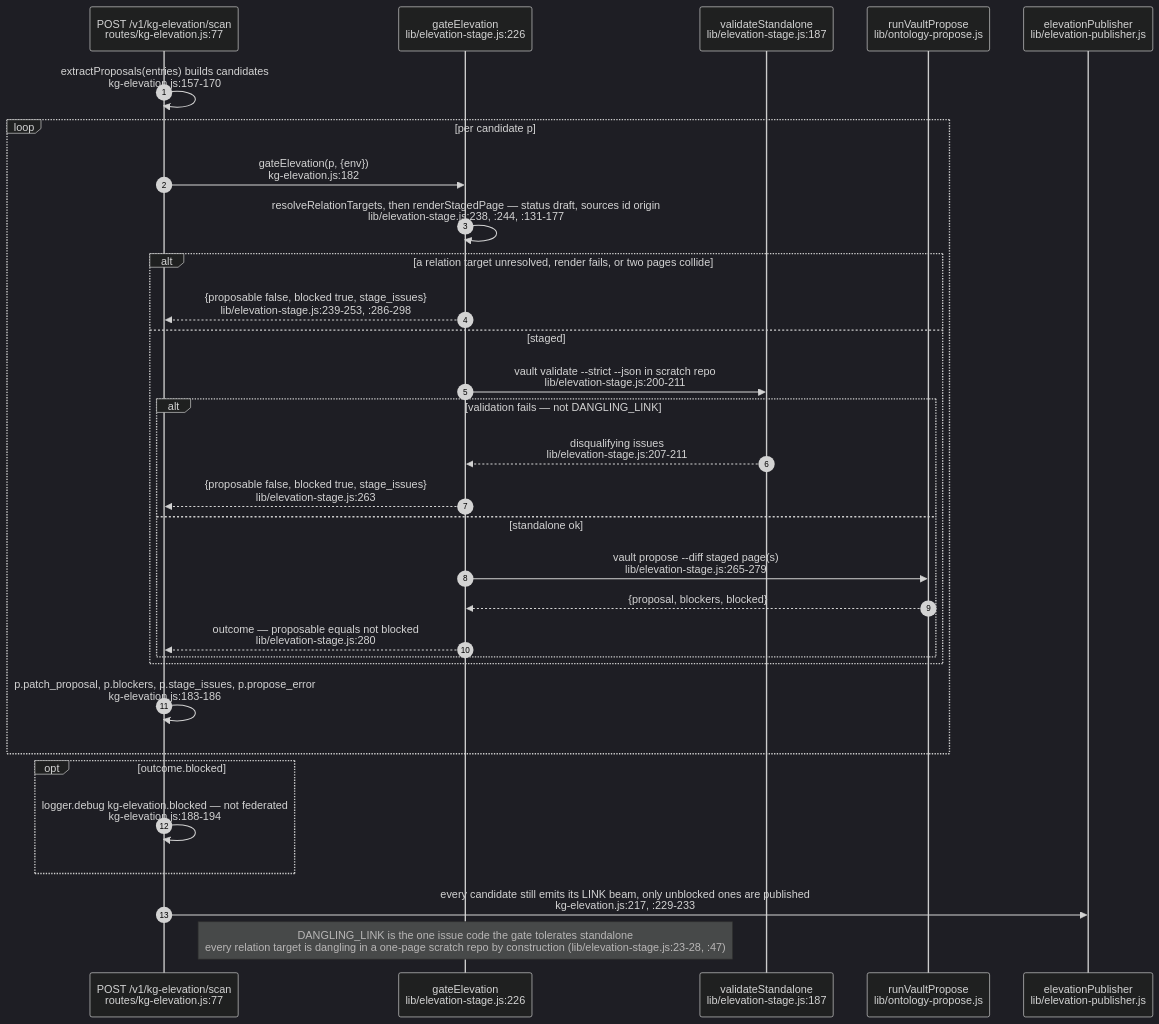
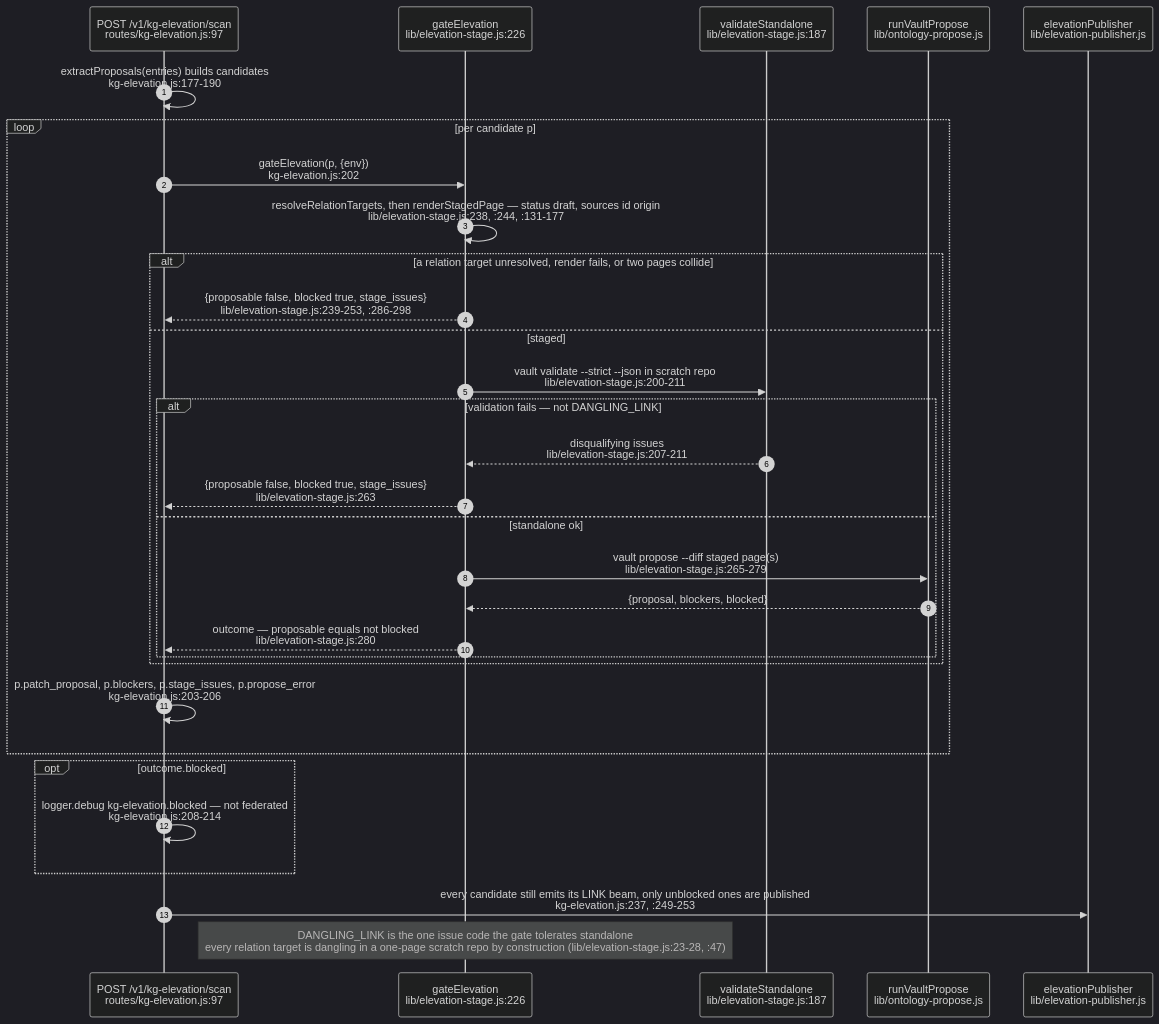
One commit to DreamLab-AI/VisionFlow changed diagram 17 of 17 in docs/diagrams/agentbox/03-management-api-request-lifecycle.md. Above: the diagram before and after it, drawn with Mermaid (dark theme). The commit also changed other lines of this file and 8 other files, not shown here.

First line of the commit message:
docs(diagrams): re-verify the NIP-98 proxy topics and the custody counts at agentbox 0693c761c (VF-DIAGRAM-NIP98-DRIFT)

````diff
--- a/docs/diagrams/agentbox/03-management-api-request-lifecycle.md
+++ b/docs/diagrams/agentbox/03-management-api-request-lifecycle.md
@@ -673,34 +689,34 @@
 ```mermaid
 sequenceDiagram
     autonumber
-    participant K as POST /v1/kg-elevation/scan<br/>routes/kg-elevation.js:77
+    participant K as POST /v1/kg-elevation/scan<br/>routes/kg-elevation.js:97
     participant G as gateElevation<br/>lib/elevation-stage.js:226
     participant Val as validateStandalone<br/>lib/elevation-stage.js:187
     participant Vault as runVaultPropose<br/>lib/ontology-propose.js
     participant Pub as elevationPublisher<br/>lib/elevation-publisher.js
 
-    K->>K: extractProposals(entries) builds candidates<br/>kg-elevation.js:157-170
+    K->>K: extractProposals(entries) builds candidates<br/>kg-elevation.js:177-190
     loop per candidate p
-        K->>G: gateElevation(p, {env})<br/>kg-elevation.js:182
+        K->>G: gateElevation(p, {env})<br/>kg-elevation.js:202
         G->>G: resolveRelationTargets, then renderStagedPage — status draft, sources id origin<br/>lib/elevation-stage.js:238, :244, :131-177
         alt a relation target unresolved, render fails, or two pages collide
             G-->>K: {proposable false, blocked true, stage_issues}<br/>lib/elevation-stage.js:239-253, :286-298
         else staged
             G->>Val: vault validate --strict --json in scratch repo<br/>lib/elevation-stage.js:200-211
             alt validation fails — not DANGLING_LINK
                 Val-->>G: disqualifying issues<br/>lib/elevation-stage.js:207-211
                 G-->>K: {proposable false, blocked true, stage_issues}<br/>lib/elevation-stage.js:263
             else standalone ok
                 G->>Vault: vault propose --diff staged page(s)<br/>lib/elevation-stage.js:265-279
                 Vault-->>G: {proposal, blockers, blocked}
                 G-->>K: outcome — proposable equals not blocked<br/>lib/elevation-stage.js:280
             end
         end
-        K->>K: p.patch_proposal, p.blockers, p.stage_issues, p.propose_error<br/>kg-elevation.js:183-186
+        K->>K: p.patch_proposal, p.blockers, p.stage_issues, p.propose_error<br/>kg-elevation.js:203-206
     end
     opt outcome.blocked
-        K->>K: logger.debug kg-elevation.blocked — not federated<br/>kg-elevation.js:188-194
+        K->>K: logger.debug kg-elevation.blocked — not federated<br/>kg-elevation.js:208-214
     end
-    K->>Pub: every candidate still emits its LINK beam, only unblocked ones are published<br/>kg-elevation.js:217, :229-233
+    K->>Pub: every candidate still emits its LINK beam, only unblocked ones are published<br/>kg-elevation.js:237, :249-253
     Note over G: DANGLING_LINK is the one issue code the gate tolerates standalone<br/>every relation target is dangling in a one-page scratch repo by construction (lib/elevation-stage.js:23-28, :47)
 ```
````
